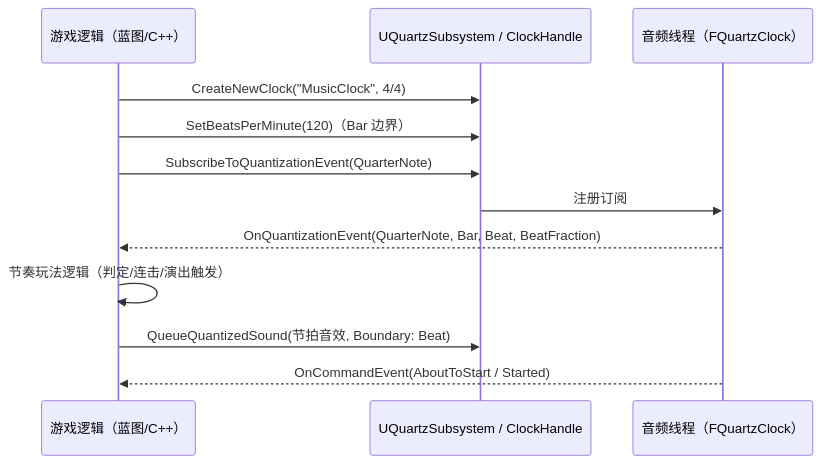
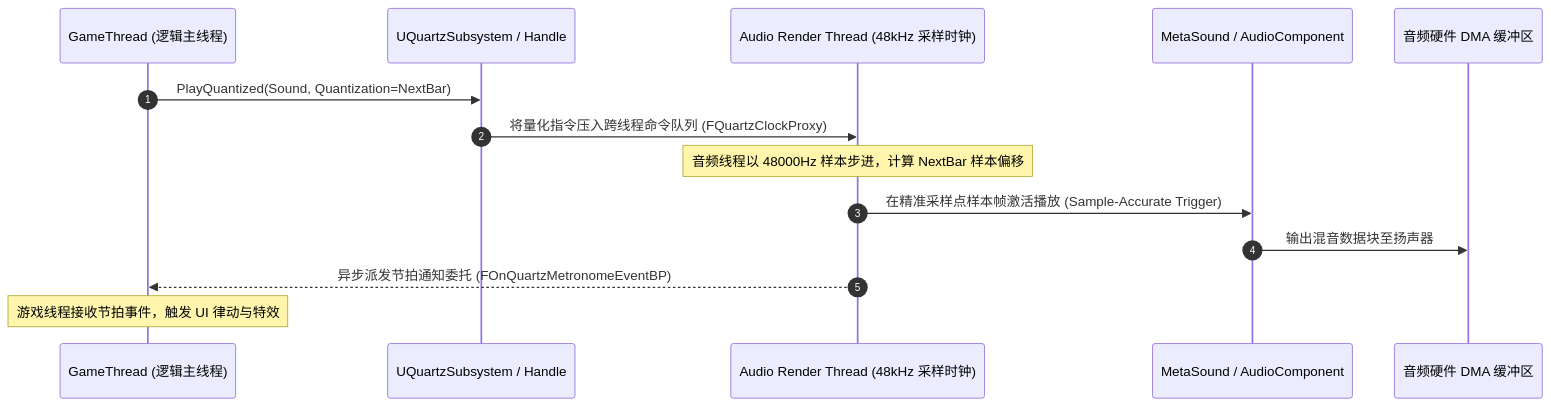
Before and after one commit to fantuan812/learning: the diagram in 游戏知识/10-音频系统/04-Quartz音频时钟与节奏同步.md, drawn with Mermaid. The commit also changed other lines of this file and 38 other files, not shown here.

````diff
--- a/游戏知识/10-音频系统/04-Quartz音频时钟与节奏同步.md
+++ b/游戏知识/10-音频系统/04-Quartz音频时钟与节奏同步.md
@@ -125,14 +33,17 @@
 ```mermaid
 sequenceDiagram
-    participant G as 游戏逻辑（蓝图/C++）
-    participant Q as UQuartzSubsystem / ClockHandle
-    participant A as 音频线程（FQuartzClock）
-    G->>Q: CreateNewClock("MusicClock", 4/4)
-    G->>Q: SetBeatsPerMinute(120)（Bar 边界）
-    G->>Q: SubscribeToQuantizationEvent(QuarterNote)
-    Q->>A: 注册订阅
-    A-->>G: OnQuantizationEvent(QuarterNote, Bar, Beat, BeatFraction)
-    G->>G: 节奏玩法逻辑（判定/连击/演出触发）
-    G->>Q: QueueQuantizedSound(节拍音效, Boundary: Beat)
-    A-->>G: OnCommandEvent(AboutToStart / Started)
+    autonumber
+    participant GT as GameThread (逻辑主线程)
+    participant QS as UQuartzSubsystem / Handle
+    participant AT as Audio Render Thread (48kHz 采样时钟)
+    participant MS as MetaSound / AudioComponent
+    participant HW as 音频硬件 DMA 缓冲区
+
+    GT->>QS: PlayQuantized(Sound, Quantization=NextBar)
+    QS->>AT: 将量化指令压入跨线程命令队列 (FQuartzClockProxy)
+    Note over AT: 音频线程以 48000Hz 样本步进，计算 NextBar 样本偏移
+    AT->>MS: 在精准采样点样本帧激活播放 (Sample-Accurate Trigger)
+    MS->>HW: 输出混音数据块至扬声器
+    AT-->>GT: 异步派发节拍通知委托 (FOnQuartzMetronomeEventBP)
+    Note over GT: 游戏线程接收节拍事件，触发 UI 律动与特效
 ```
````
